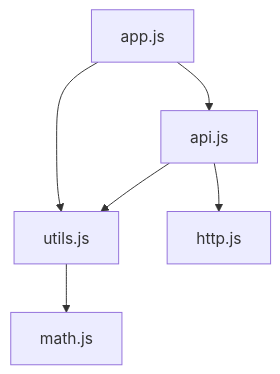
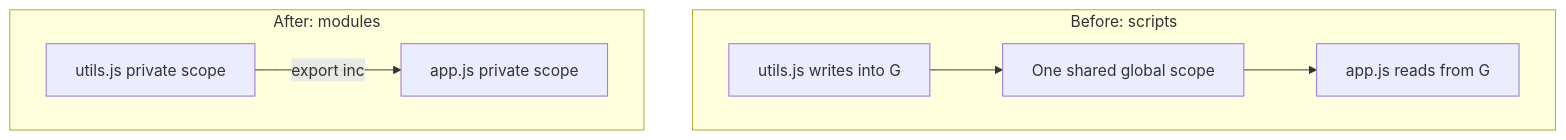
Before and after one commit to prajjwaljogdand/FullstackPreparation: the first of 5 diagrams in docs/javascript/13-modules.md, drawn with Mermaid. The commit also changed other lines of this file and 91 other files, not shown here.

````diff
--- a/docs/javascript/13-modules.md
+++ b/docs/javascript/13-modules.md
@@ -14,8 +41,14 @@
 ```mermaid
 flowchart TB
-  entry["app.js"] --> utils["utils.js"]
-  entry --> api["api.js"]
-  api --> utils
-  api --> http["http.js"]
-  utils --> math["math.js"]
+  subgraph before ["Before: scripts"]
+    G["One shared global scope"]
+    U1["utils.js writes into G"]
+    A1["app.js reads from G"]
+    U1 --> G --> A1
+  end
+  subgraph after ["After: modules"]
+    Utils["utils.js private scope"]
+    App["app.js private scope"]
+    Utils -->|"export inc"| App
+  end
 ```
````
